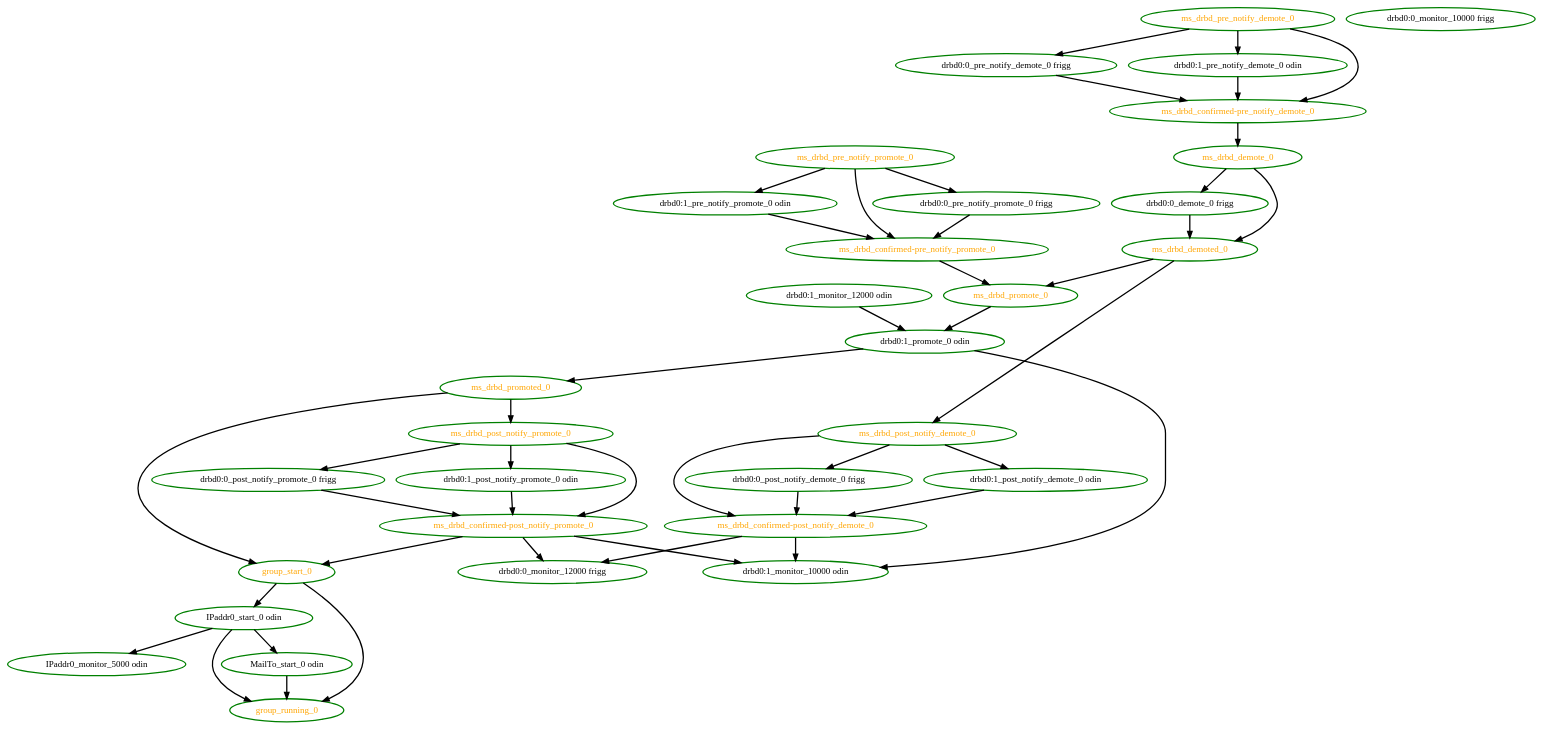
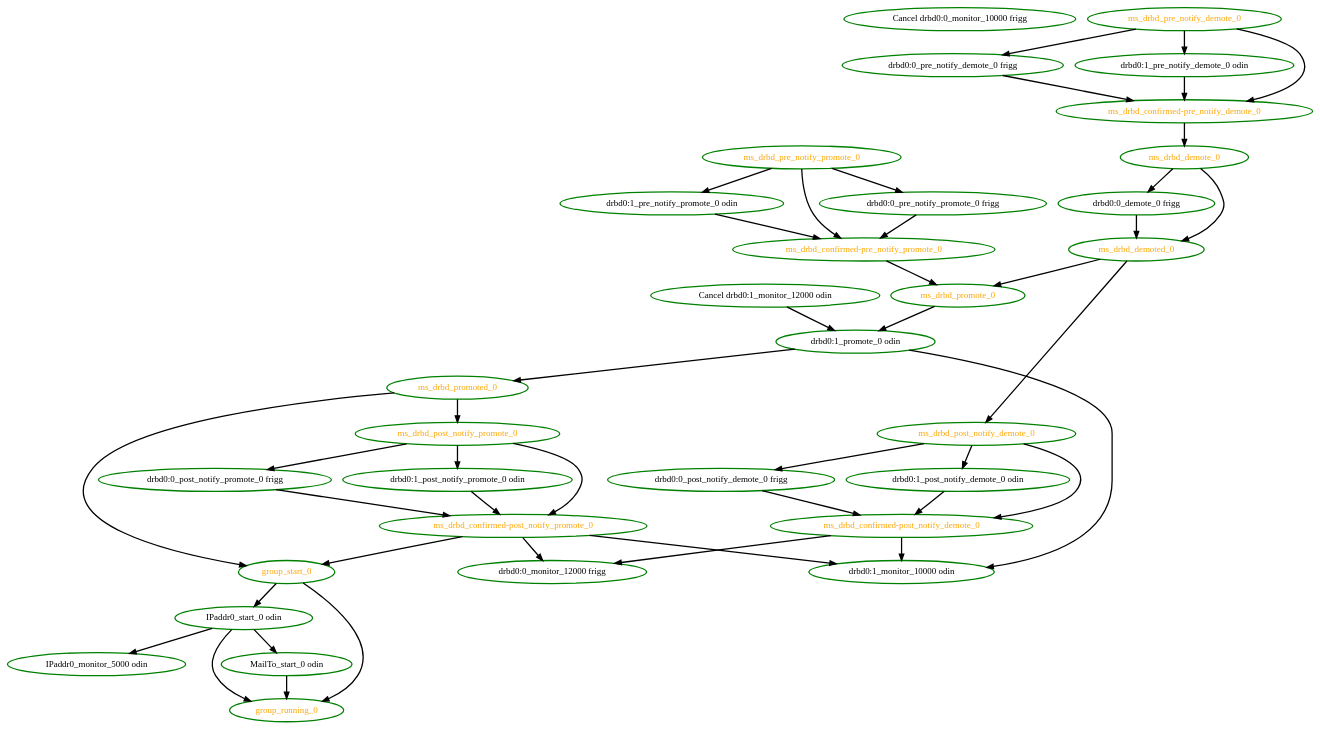
One commit to linux-ha-japan/pm_diskd changed the diagram in pengine/testcases/master-13.dot. Above: the diagram before and after it, drawn with Graphviz. The commit also changed 8 other files, not shown here.

Commit message:
Low: PE: Clearly indicate which actions are being cancelled in the dot graph

```diff
--- a/pengine/testcases/master-13.dot
+++ b/pengine/testcases/master-13.dot
@@ -1,77 +1,77 @@
 digraph "g" {
+"Cancel drbd0:0_monitor_10000 frigg" [ style=bold color="green" fontcolor="black"  ]
+"Cancel drbd0:1_monitor_12000 odin" -> "drbd0:1_promote_0 odin" [ style = bold]
+"Cancel drbd0:1_monitor_12000 odin" [ style=bold color="green" fontcolor="black"  ]
 "IPaddr0_monitor_5000 odin" [ style=bold color="green" fontcolor="black"  ]
 "IPaddr0_start_0 odin" -> "IPaddr0_monitor_5000 odin" [ style = bold]
 "IPaddr0_start_0 odin" -> "MailTo_start_0 odin" [ style = bold]
 "IPaddr0_start_0 odin" -> "group_running_0" [ style = bold]
 "IPaddr0_start_0 odin" [ style=bold color="green" fontcolor="black"  ]
 "MailTo_start_0 odin" -> "group_running_0" [ style = bold]
 "MailTo_start_0 odin" [ style=bold color="green" fontcolor="black"  ]
 "drbd0:0_demote_0 frigg" -> "ms_drbd_demoted_0" [ style = bold]
 "drbd0:0_demote_0 frigg" [ style=bold color="green" fontcolor="black"  ]
-"drbd0:0_monitor_10000 frigg" [ style=bold color="green" fontcolor="black"  ]
 "drbd0:0_monitor_12000 frigg" [ style=bold color="green" fontcolor="black"  ]
 "drbd0:0_post_notify_demote_0 frigg" -> "ms_drbd_confirmed-post_notify_demote_0" [ style = bold]
 "drbd0:0_post_notify_demote_0 frigg" [ style=bold color="green" fontcolor="black"  ]
 "drbd0:0_post_notify_promote_0 frigg" -> "ms_drbd_confirmed-post_notify_promote_0" [ style = bold]
 "drbd0:0_post_notify_promote_0 frigg" [ style=bold color="green" fontcolor="black"  ]
 "drbd0:0_pre_notify_demote_0 frigg" -> "ms_drbd_confirmed-pre_notify_demote_0" [ style = bold]
 "drbd0:0_pre_notify_demote_0 frigg" [ style=bold color="green" fontcolor="black"  ]
 "drbd0:0_pre_notify_promote_0 frigg" -> "ms_drbd_confirmed-pre_notify_promote_0" [ style = bold]
 "drbd0:0_pre_notify_promote_0 frigg" [ style=bold color="green" fontcolor="black"  ]
 "drbd0:1_monitor_10000 odin" [ style=bold color="green" fontcolor="black"  ]
-"drbd0:1_monitor_12000 odin" -> "drbd0:1_promote_0 odin" [ style = bold]
-"drbd0:1_monitor_12000 odin" [ style=bold color="green" fontcolor="black"  ]
 "drbd0:1_post_notify_demote_0 odin" -> "ms_drbd_confirmed-post_notify_demote_0" [ style = bold]
 "drbd0:1_post_notify_demote_0 odin" [ style=bold color="green" fontcolor="black"  ]
 "drbd0:1_post_notify_promote_0 odin" -> "ms_drbd_confirmed-post_notify_promote_0" [ style = bold]
 "drbd0:1_post_notify_promote_0 odin" [ style=bold color="green" fontcolor="black"  ]
 "drbd0:1_pre_notify_demote_0 odin" -> "ms_drbd_confirmed-pre_notify_demote_0" [ style = bold]
 "drbd0:1_pre_notify_demote_0 odin" [ style=bold color="green" fontcolor="black"  ]
 "drbd0:1_pre_notify_promote_0 odin" -> "ms_drbd_confirmed-pre_notify_promote_0" [ style = bold]
 "drbd0:1_pre_notify_promote_0 odin" [ style=bold color="green" fontcolor="black"  ]
 "drbd0:1_promote_0 odin" -> "drbd0:1_monitor_10000 odin" [ style = bold]
 "drbd0:1_promote_0 odin" -> "ms_drbd_promoted_0" [ style = bold]
 "drbd0:1_promote_0 odin" [ style=bold color="green" fontcolor="black"  ]
 "group_running_0" [ style=bold color="green" fontcolor="orange"  ]
 "group_start_0" -> "IPaddr0_start_0 odin" [ style = bold]
 "group_start_0" -> "group_running_0" [ style = bold]
 "group_start_0" [ style=bold color="green" fontcolor="orange"  ]
 "ms_drbd_confirmed-post_notify_demote_0" -> "drbd0:0_monitor_12000 frigg" [ style = bold]
 "ms_drbd_confirmed-post_notify_demote_0" -> "drbd0:1_monitor_10000 odin" [ style = bold]
 "ms_drbd_confirmed-post_notify_demote_0" [ style=bold color="green" fontcolor="orange"  ]
 "ms_drbd_confirmed-post_notify_promote_0" -> "drbd0:0_monitor_12000 frigg" [ style = bold]
 "ms_drbd_confirmed-post_notify_promote_0" -> "drbd0:1_monitor_10000 odin" [ style = bold]
 "ms_drbd_confirmed-post_notify_promote_0" -> "group_start_0" [ style = bold]
 "ms_drbd_confirmed-post_notify_promote_0" [ style=bold color="green" fontcolor="orange"  ]
 "ms_drbd_confirmed-pre_notify_demote_0" -> "ms_drbd_demote_0" [ style = bold]
 "ms_drbd_confirmed-pre_notify_demote_0" [ style=bold color="green" fontcolor="orange"  ]
 "ms_drbd_confirmed-pre_notify_promote_0" -> "ms_drbd_promote_0" [ style = bold]
 "ms_drbd_confirmed-pre_notify_promote_0" [ style=bold color="green" fontcolor="orange"  ]
 "ms_drbd_demote_0" -> "drbd0:0_demote_0 frigg" [ style = bold]
 "ms_drbd_demote_0" -> "ms_drbd_demoted_0" [ style = bold]
 "ms_drbd_demote_0" [ style=bold color="green" fontcolor="orange"  ]
 "ms_drbd_demoted_0" -> "ms_drbd_post_notify_demote_0" [ style = bold]
 "ms_drbd_demoted_0" -> "ms_drbd_promote_0" [ style = bold]
 "ms_drbd_demoted_0" [ style=bold color="green" fontcolor="orange"  ]
 "ms_drbd_post_notify_demote_0" -> "drbd0:0_post_notify_demote_0 frigg" [ style = bold]
 "ms_drbd_post_notify_demote_0" -> "drbd0:1_post_notify_demote_0 odin" [ style = bold]
 "ms_drbd_post_notify_demote_0" -> "ms_drbd_confirmed-post_notify_demote_0" [ style = bold]
 "ms_drbd_post_notify_demote_0" [ style=bold color="green" fontcolor="orange"  ]
 "ms_drbd_post_notify_promote_0" -> "drbd0:0_post_notify_promote_0 frigg" [ style = bold]
 "ms_drbd_post_notify_promote_0" -> "drbd0:1_post_notify_promote_0 odin" [ style = bold]
 "ms_drbd_post_notify_promote_0" -> "ms_drbd_confirmed-post_notify_promote_0" [ style = bold]
 "ms_drbd_post_notify_promote_0" [ style=bold color="green" fontcolor="orange"  ]
 "ms_drbd_pre_notify_demote_0" -> "drbd0:0_pre_notify_demote_0 frigg" [ style = bold]
 "ms_drbd_pre_notify_demote_0" -> "drbd0:1_pre_notify_demote_0 odin" [ style = bold]
 "ms_drbd_pre_notify_demote_0" -> "ms_drbd_confirmed-pre_notify_demote_0" [ style = bold]
 "ms_drbd_pre_notify_demote_0" [ style=bold color="green" fontcolor="orange"  ]
 "ms_drbd_pre_notify_promote_0" -> "drbd0:0_pre_notify_promote_0 frigg" [ style = bold]
 "ms_drbd_pre_notify_promote_0" -> "drbd0:1_pre_notify_promote_0 odin" [ style = bold]
 "ms_drbd_pre_notify_promote_0" -> "ms_drbd_confirmed-pre_notify_promote_0" [ style = bold]
 "ms_drbd_pre_notify_promote_0" [ style=bold color="green" fontcolor="orange"  ]
 "ms_drbd_promote_0" -> "drbd0:1_promote_0 odin" [ style = bold]
 "ms_drbd_promote_0" [ style=bold color="green" fontcolor="orange"  ]
 "ms_drbd_promoted_0" -> "group_start_0" [ style = bold]
 "ms_drbd_promoted_0" -> "ms_drbd_post_notify_promote_0" [ style = bold]
 "ms_drbd_promoted_0" [ style=bold color="green" fontcolor="orange"  ]
 }
```
